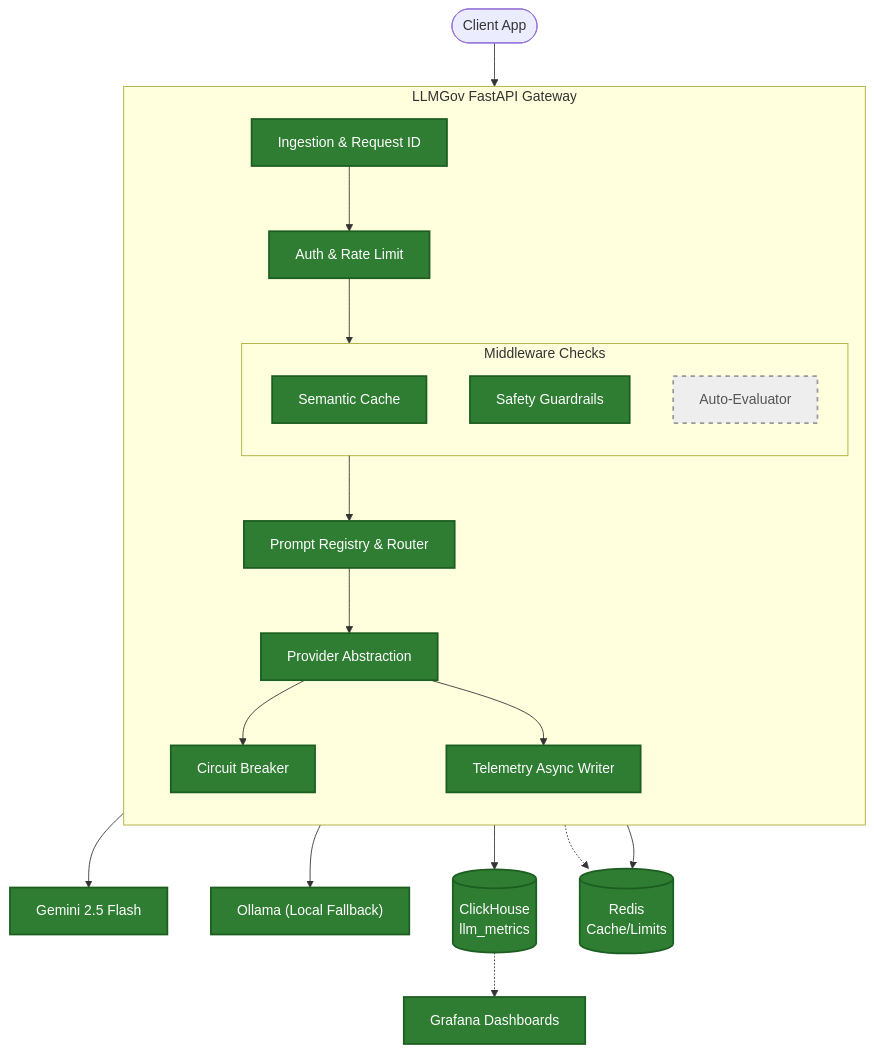
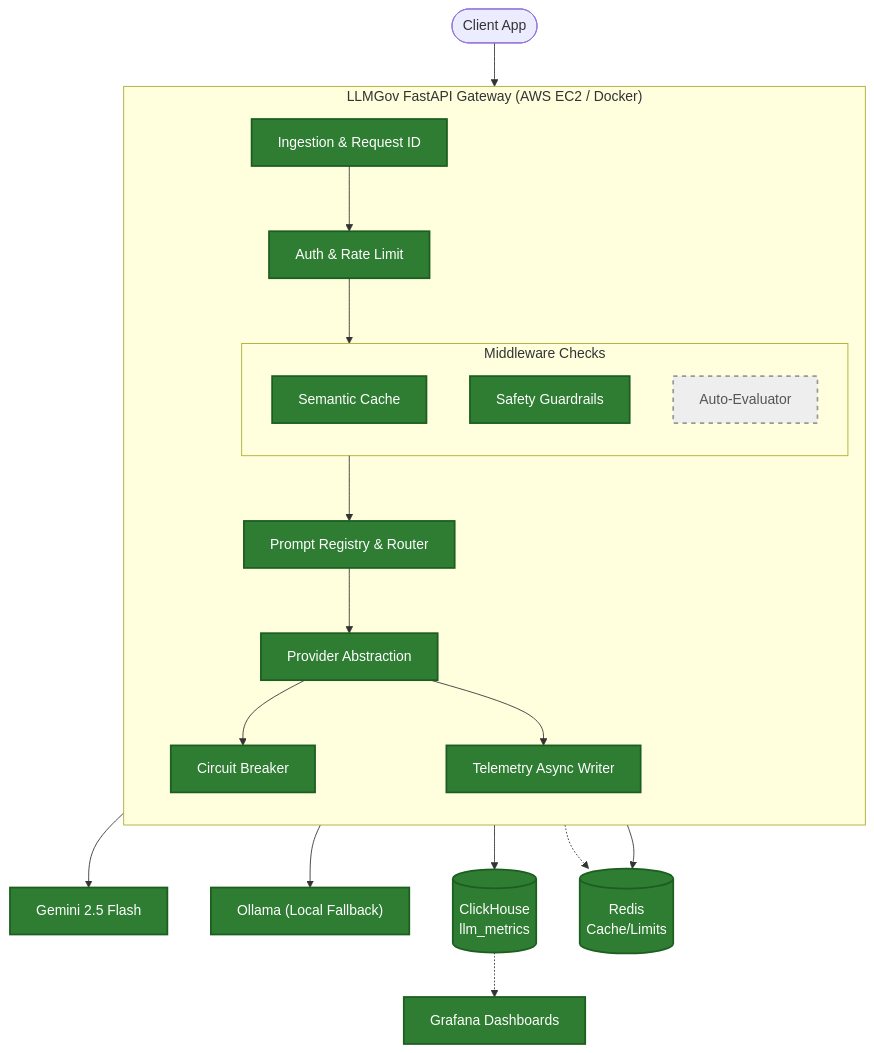
One commit to LeviAckermanZ9/LLMGov changed the diagram in README.md. Above: the diagram before and after it, drawn with Mermaid. The commit also changed other lines of this file and 2 other files, not shown here.

````diff
--- a/README.md
+++ b/README.md
@@ -27,52 +30,52 @@
 ```mermaid
 flowchart TD
     %% Define Styles
     classDef built fill:#2e7d32,stroke:#1b5e20,stroke-width:2px,color:white;
     classDef partial fill:#fb8c00,stroke:#e65100,stroke-width:4px,color:white;
     classDef planned fill:#eeeeee,stroke:#999999,stroke-width:2px,stroke-dasharray: 5 5,color:#555555;
 
     Client(["Client App"]) --> Gateway
     
-    subgraph Gateway ["LLMGov FastAPI Gateway"]
+    subgraph Gateway ["LLMGov FastAPI Gateway (AWS EC2 / Docker)"]
         direction TB
         Ingest["Ingestion & Request ID"]:::built
         Auth["Auth & Rate Limit"]:::built
         
         Ingest --> Auth
         
         subgraph Interceptors ["Middleware Checks"]
             Cache["Semantic Cache"]:::built
             Guard["Safety Guardrails"]:::built
             Eval["Auto-Evaluator"]:::planned
         end
         
         Auth --> Interceptors
         
         Registry["Prompt Registry & Router"]:::built
         Interceptors --> Registry
         
         ProviderAbstraction["Provider Abstraction"]:::built
         Registry --> ProviderAbstraction
         
         CircuitBreaker["Circuit Breaker"]:::built
         ProviderAbstraction --> CircuitBreaker
         
         Telemetry["Telemetry Async Writer"]:::built
         ProviderAbstraction --> Telemetry
     end
     
     PrimaryProvider["Gemini 2.5 Flash"]:::built
     FallbackProvider["Ollama (Local Fallback)"]:::built
     
     CH[("ClickHouse\nllm_metrics")]:::built
     Redis[("Redis\nCache/Limits")]:::built
     
     CircuitBreaker --> PrimaryProvider
     CircuitBreaker --> FallbackProvider
     Telemetry --> CH
     Auth -.-> Redis
     Cache --> Redis
     
     Grafana["Grafana Dashboards"]:::built
     CH -.-> Grafana
 ```
````
